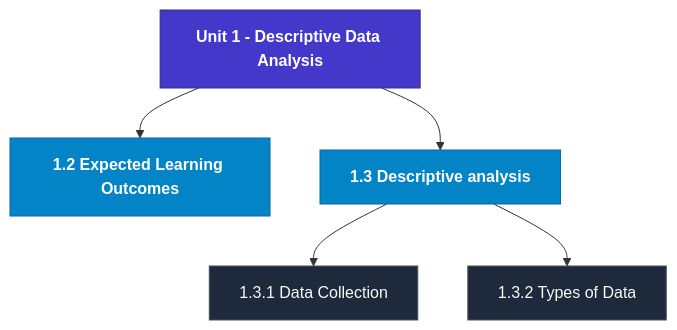
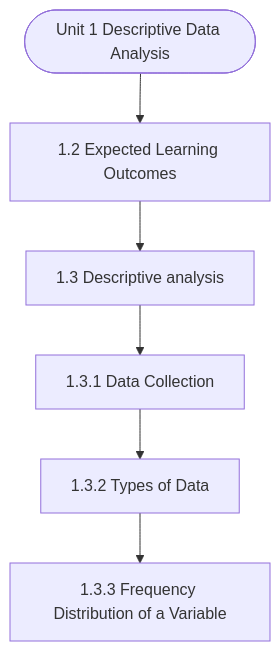
Before and after one commit to Asutosh-Coaching/mscdsa: the diagram in notes/Semester_2/MCS-068_Predictive_Data_Analysis/unit_01_Descriptive_Data_Analysis.md, drawn with Mermaid. The commit also changed other lines of this file and 115 other files, not shown here.

Commit message:
Fix Mermaid layout for mobile, isolate LaTeX delimiters, and add GitHub Pages reader

````diff
--- a/notes/Semester_2/MCS-068_Predictive_Data_Analysis/unit_01_Descriptive_Data_Analysis.md
+++ b/notes/Semester_2/MCS-068_Predictive_Data_Analysis/unit_01_Descriptive_Data_Analysis.md
@@ -19,17 +19,14 @@
 ```mermaid
 flowchart TD
-  %% Styling Definitions
-  classDef head fill:#4338ca,stroke:#312e81,color:#ffffff,font-weight:bold;
-  classDef topic fill:#0284c7,stroke:#0369a1,color:#ffffff,font-weight:600;
-  classDef sub fill:#1e293b,stroke:#475569,color:#f8fafc;
-
-  Root["Unit 1 - Descriptive Data Analysis"]:::head
-  M1["1.2 Expected Learning Outcomes"]:::topic
-  Root --> M1
-  M2["1.3 Descriptive analysis"]:::topic
-  Root --> M2
-  M2_1["1.3.1 Data Collection"]:::sub
-  M2 --> M2_1
-  M2_2["1.3.2 Types of Data"]:::sub
-  M2 --> M2_2
+  Start(["Unit 1 Descriptive Data Analysis"])
+  N1["1.2 Expected Learning Outcomes"]
+  N2["1.3 Descriptive analysis"]
+  N3["1.3.1 Data Collection"]
+  N4["1.3.2 Types of Data"]
+  N5["1.3.3 Frequency Distribution of a Variable"]
+  Start --> N1
+  N1 --> N2
+  N2 --> N3
+  N3 --> N4
+  N4 --> N5
 ```
````
